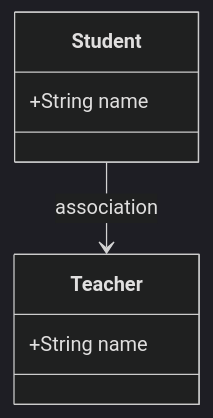
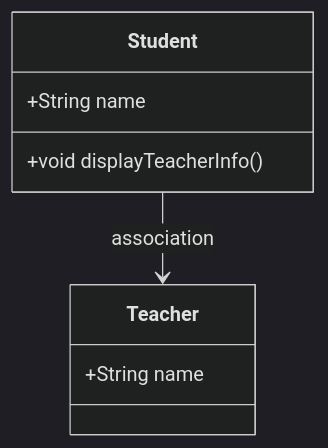
The diagram in asociacion.md (joelibaceta/poo-mermaid-samples), drawn with Mermaid (dark theme) before and after one commit. The commit also changed other lines of this file, not shown here.

````diff
--- a/asociacion.md
+++ b/asociacion.md
@@ -15,10 +15,11 @@
 ```mermaid
 classDiagram
     class Student {
         +String name
+        +void displayTeacherInfo()
     }
     class Teacher {
         +String name
     }
     Student --> Teacher : association
 ```
````
